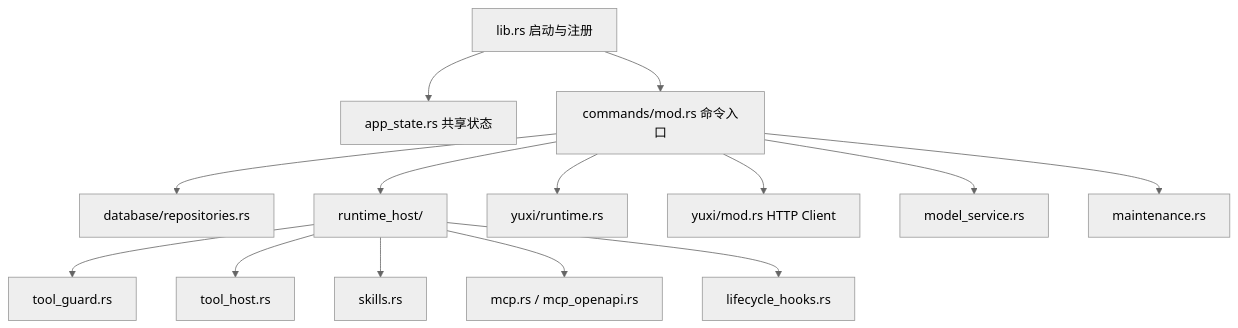
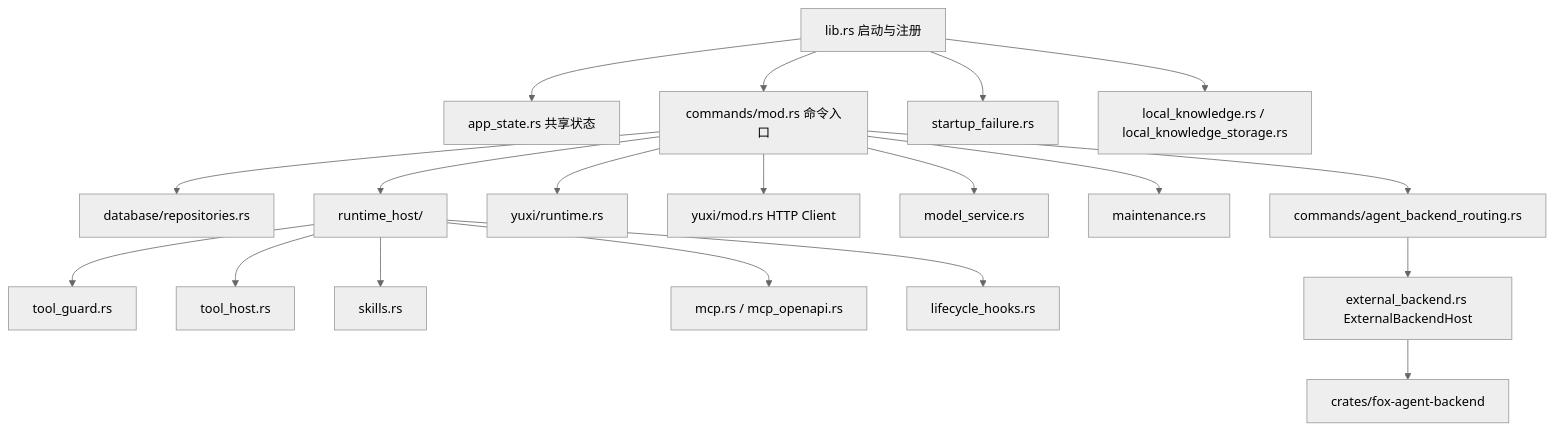
Before and after one commit to Hry1729/Fox-Agent: the diagram in docs/02-架构/Tauri后端架构.md, drawn with Mermaid (neutral theme). The commit also changed other lines of this file, not shown here.

Commit message:
docs: 复核 Tauri 后端架构，补充启动顺序、startup_failure 与降级状态 [skip ci]

````diff
--- a/docs/02-架构/Tauri后端架构.md
+++ b/docs/02-架构/Tauri后端架构.md
@@ -16,16 +20,21 @@
 ```mermaid
 flowchart TD
     LIB["lib.rs 启动与注册"] --> STATE["app_state.rs 共享状态"]
     LIB --> CMD["commands/mod.rs 命令入口"]
     CMD --> REPO["database/repositories.rs"]
     CMD --> RH["runtime_host/"]
     CMD --> YR["yuxi/runtime.rs"]
     RH --> GUARD["tool_guard.rs"]
     RH --> TOOL["tool_host.rs"]
     RH --> SKILL["skills.rs"]
     RH --> MCP["mcp.rs / mcp_openapi.rs"]
     RH --> HOOK["lifecycle_hooks.rs"]
     CMD --> YUXI["yuxi/mod.rs HTTP Client"]
     CMD --> MODEL["model_service.rs"]
     CMD --> MAINT["maintenance.rs"]
+    CMD --> ABR["commands/agent_backend_routing.rs"]
+    ABR --> EXT["external_backend.rs ExternalBackendHost"]
+    EXT --> CRATE["crates/fox-agent-backend"]
+    LIB --> SF["startup_failure.rs"]
+    LIB --> LK["local_knowledge.rs / local_knowledge_storage.rs"]
 ```
````
